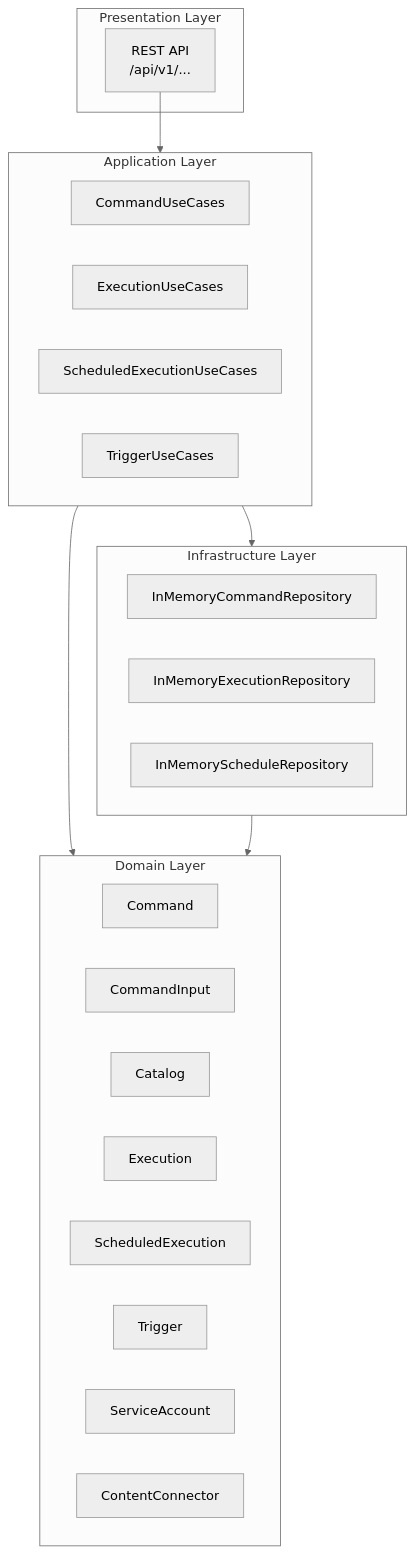
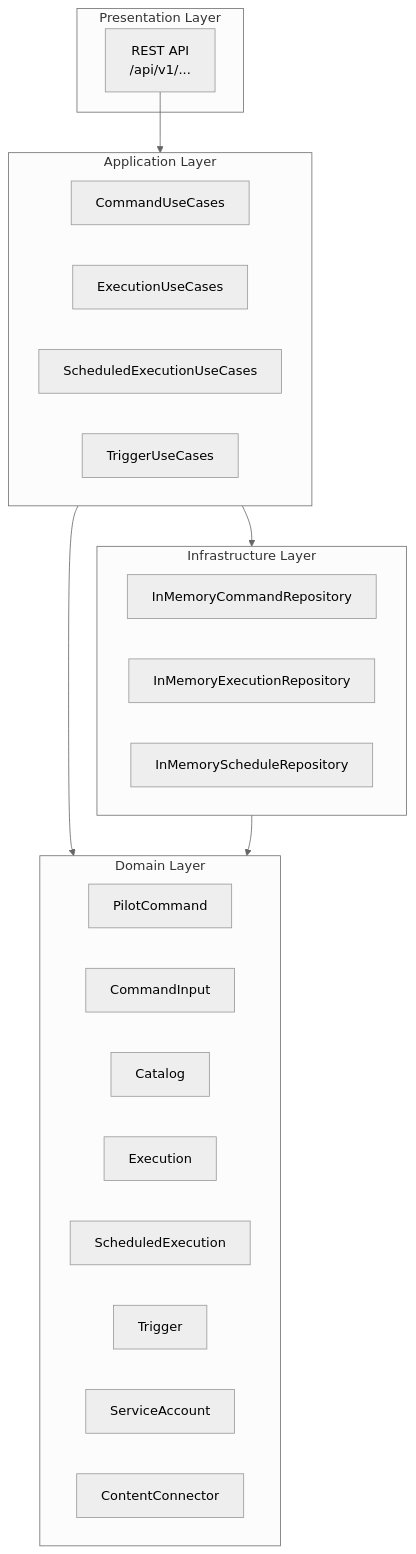
Before and after one commit to UIMSolutions/uim-platform: the second of 3 diagrams in automation-pilot/UML.md, drawn with Mermaid (neutral theme). The commit also changed other lines of this file and 125 other files, not shown here.

````diff
--- a/automation-pilot/UML.md
+++ b/automation-pilot/UML.md
@@ -80,32 +80,32 @@
 ```mermaid
 flowchart TB
     subgraph Presentation["Presentation Layer"]
         REST["REST API\n/api/v1/..."]
     end
     subgraph Application["Application Layer"]
         CMD_UC["CommandUseCases"]
         EXEC_UC["ExecutionUseCases"]
         SCHED_UC["ScheduledExecutionUseCases"]
         TRIGGER_UC["TriggerUseCases"]
     end
     subgraph Domain["Domain Layer"]
-        CMD["Command"]
+        CMD["PilotCommand"]
         INPUT["CommandInput"]
         CATALOG["Catalog"]
         EXEC["Execution"]
         SCHED["ScheduledExecution"]
         TRIG["Trigger"]
         SA["ServiceAccount"]
         CC["ContentConnector"]
     end
     subgraph Infrastructure["Infrastructure Layer"]
         CMD_REPO["InMemoryCommandRepository"]
         EXEC_REPO["InMemoryExecutionRepository"]
         SCHED_REPO["InMemoryScheduleRepository"]
     end
 
     REST --> Application
     Application --> Domain
     Infrastructure --> Domain
     Application --> Infrastructure
 ```
````
